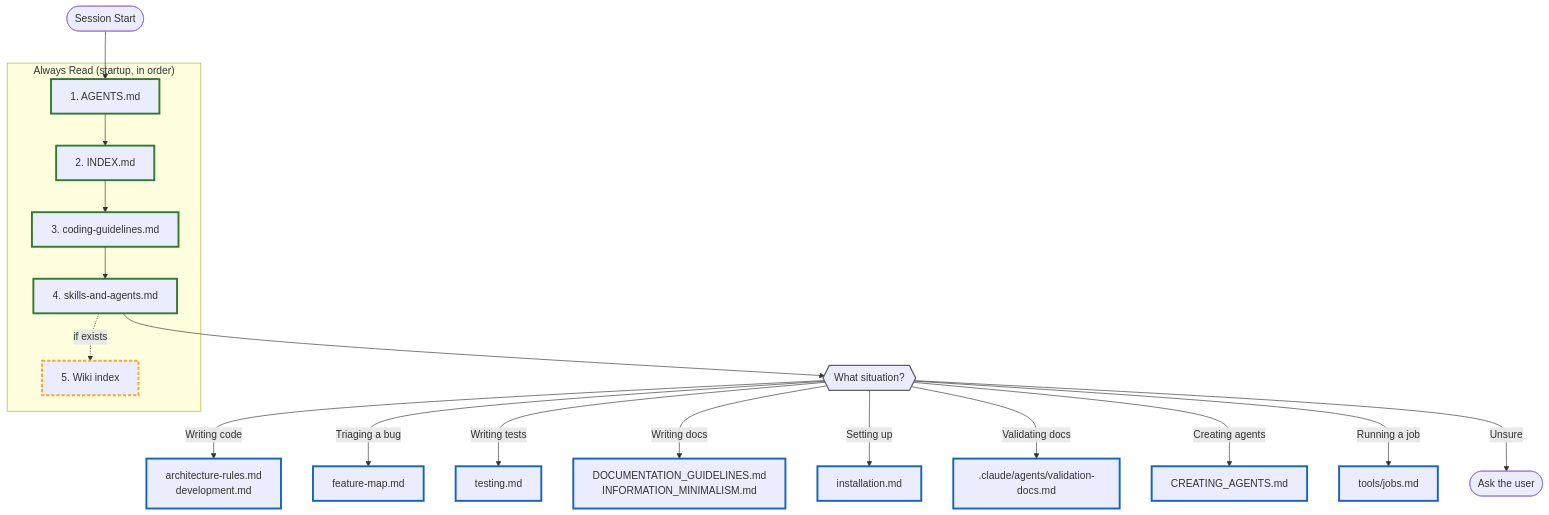
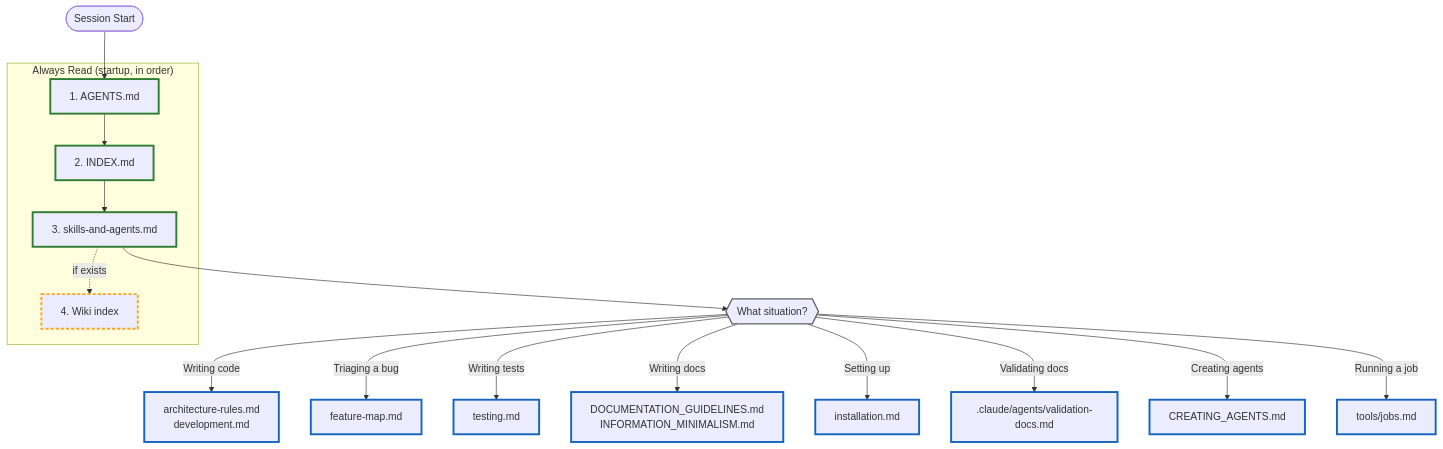
The diagram in docs/AGENTS.md (noskule-cc/aiDocs), drawn with Mermaid before and after one commit. The commit also changed other lines of this file and 20 other files, not shown here.

````diff
--- a/docs/AGENTS.md
+++ b/docs/AGENTS.md
@@ -46,36 +43,34 @@
 ```mermaid
 flowchart TD
     START([Session Start]) --> M1
 
     subgraph startup ["Always Read (startup, in order)"]
         M1["1. AGENTS.md"] --> M2["2. INDEX.md"]
-        M2 --> M3["3. coding-guidelines.md"]
-        M3 --> M4["4. skills-and-agents.md"]
-        M4 -.->|if exists| M5["5. Wiki index"]
+        M2 --> M3["3. skills-and-agents.md"]
+        M3 -.->|if exists| M4["4. Wiki index"]
     end
 
-    M4 --> SIT{{"What situation?"}}
+    M3 --> SIT{{"What situation?"}}
 
     SIT -->|"Writing code"| CODE["architecture-rules.md<br>development.md"]
     SIT -->|"Triaging a bug"| TRIAGE["feature-map.md"]
     SIT -->|"Writing tests"| TEST["testing.md"]
     SIT -->|"Writing docs"| DOCS["DOCUMENTATION_GUIDELINES.md<br>INFORMATION_MINIMALISM.md"]
     SIT -->|"Setting up"| SETUP["installation.md"]
     SIT -->|"Validating docs"| VDOC[".claude/agents/validation-docs.md"]
     SIT -->|"Creating agents"| AREADME["CREATING_AGENTS.md"]
     SIT -->|"Running a job"| JOBS["tools/jobs.md"]
-    SIT -->|"Unsure"| USER(["Ask the user"])
 
     %% Stroke only - never fill/color. A hardcoded fill is a light-mode
     %% assumption: the renderer's dark theme still supplies a light label
     %% color, and the label washes out. Strokes read in both themes.
     classDef always stroke:#2e7d32,stroke-width:3px
     classDef optional stroke:#f9a825,stroke-width:3px,stroke-dasharray:5 3
     classDef conditional stroke:#1565c0,stroke-width:3px
     classDef decision stroke:#616161,stroke-width:2px
 
-    class M1,M2,M3,M4 always
-    class M5 optional
+    class M1,M2,M3 always
+    class M4 optional
     class CODE,TRIAGE,TEST,DOCS,SETUP,VDOC,AREADME,JOBS conditional
     class SIT decision
 ```
````
